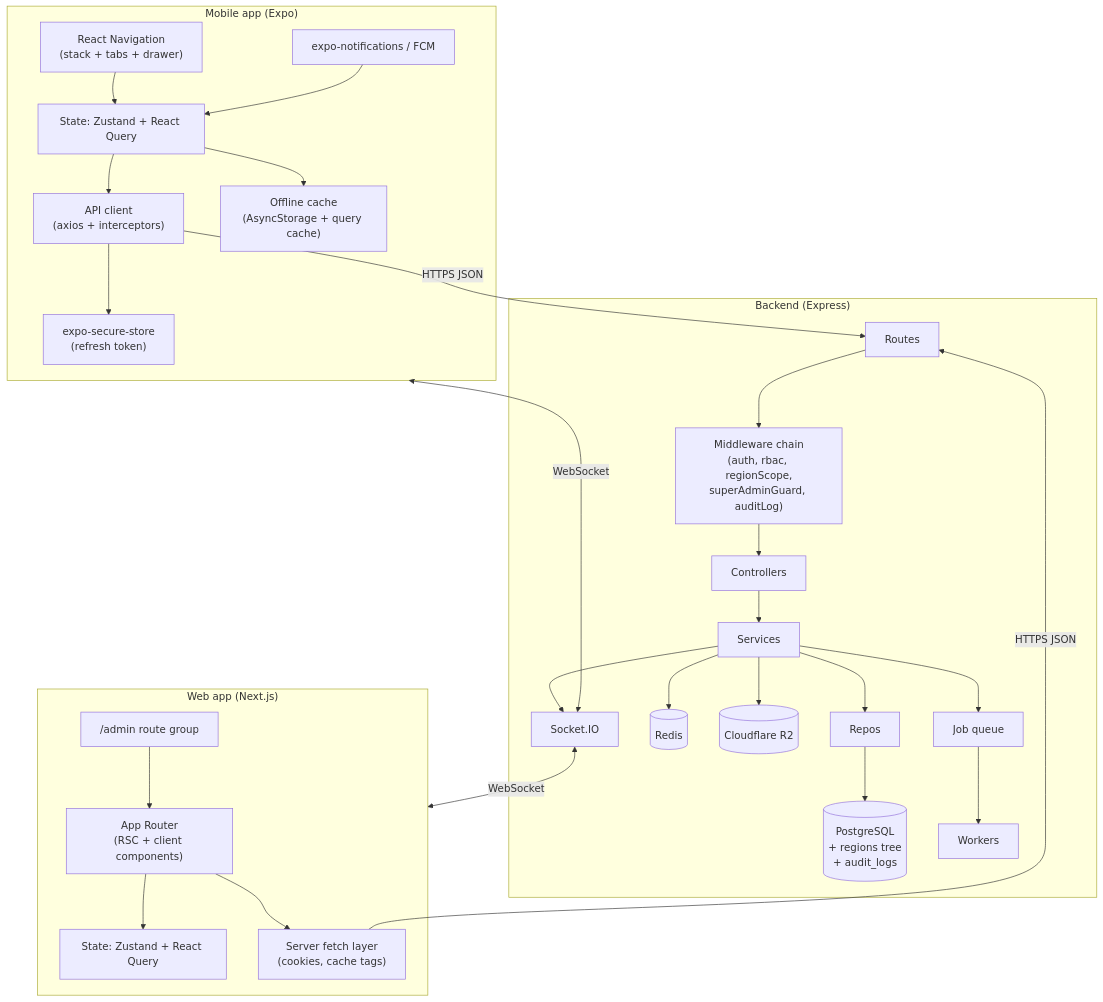
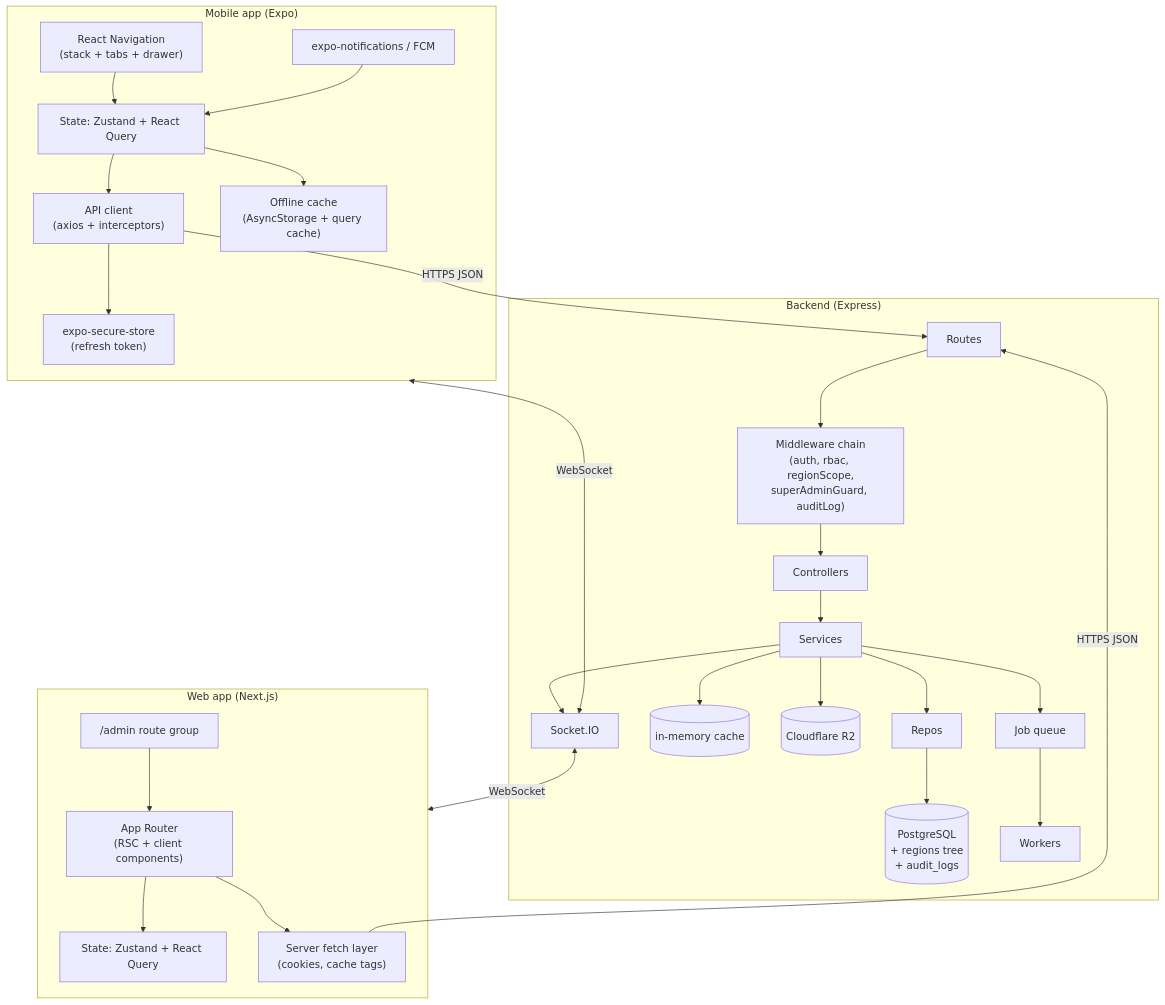
One commit to jeerupraveen04/Newswatchrequirement changed the second of 2 diagrams in docs/architecture/00-overview.md. Above: the diagram before and after it, drawn with Mermaid. The commit also changed other lines of this file and 64 other files, not shown here.

````diff
--- a/docs/architecture/00-overview.md
+++ b/docs/architecture/00-overview.md
@@ -109,41 +106,41 @@
 ```mermaid
 flowchart TB
   subgraph MobileApp["Mobile app (Expo)"]
     Nav["React Navigation\n(stack + tabs + drawer)"]
     Store["State: Zustand + React Query"]
     APIClient["API client\n(axios + interceptors)"]
     SecureStore["expo-secure-store\n(refresh token)"]
     PushSvc["expo-notifications / FCM"]
     NetCache["Offline cache\n(AsyncStorage + query cache)"]
     Nav --> Store --> APIClient
     APIClient --> SecureStore
     PushSvc --> Store
     Store --> NetCache
   end
 
   subgraph WebApp["Web app (Next.js)"]
     AppRouter["App Router\n(RSC + client components)"]
     WebStore["State: Zustand + React Query"]
     ServerFetch["Server fetch layer\n(cookies, cache tags)"]
     AdminUI["/admin route group"]
     AppRouter --> WebStore
     AppRouter --> ServerFetch
     AdminUI --> AppRouter
   end
 
   subgraph BackendApp["Backend (Express)"]
     Routes --> MW["Middleware chain\n(auth, rbac, regionScope,\nsuperAdminGuard, auditLog)"]
     MW --> Controllers --> Services --> Repos
     Repos --> PGx[(PostgreSQL\n+ regions tree\n+ audit_logs)]
-    Services --> Cache[(Redis)]
+    Services --> Cache[(in-memory cache)]
     Services --> ObjectStore[(Cloudflare R2)]
     Services --> Realtime["Socket.IO"]
     Services --> Queue["Job queue"]
     Queue --> Workers
   end
 
   APIClient -->|HTTPS JSON| Routes
   ServerFetch -->|HTTPS JSON| Routes
   Realtime <-->|WebSocket| MobileApp
   Realtime <-->|WebSocket| WebApp
 ```
````
